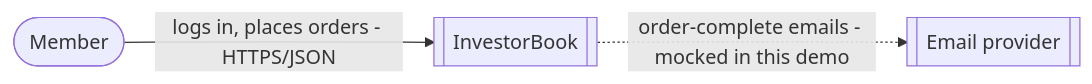
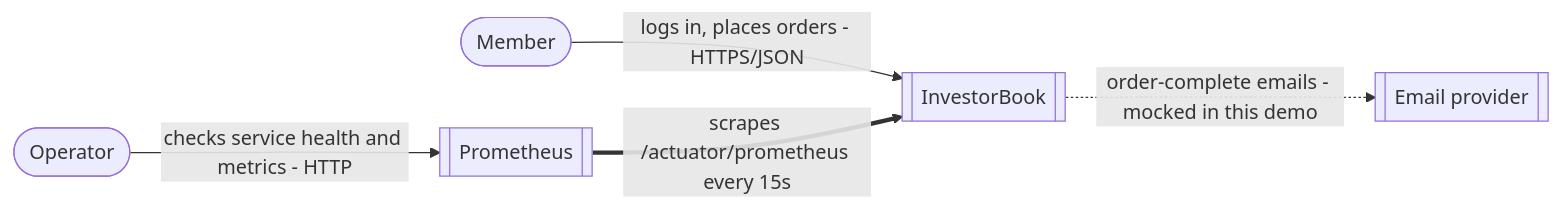
The first of 3 diagrams in README.md (TareqAlhashash/microservices), drawn with Mermaid before and after one commit. The commit also changed other lines of this file and 7 other files, not shown here.

First line of the commit message:
Permit actuator on Kafka-only services and document Prometheus

````diff
--- a/README.md
+++ b/README.md
@@ -17,9 +17,13 @@
 ```mermaid
 graph LR
     Member([Member])
+    Operator([Operator])
     System[[InvestorBook]]
     Email[[Email provider]]
+    Prometheus[[Prometheus]]
 
     Member -->|logs in, places orders - HTTPS/JSON| System
     System -.->|order-complete emails - mocked in this demo| Email
+    Operator -->|checks service health and metrics - HTTP| Prometheus
+    Prometheus ==>|scrapes /actuator/prometheus every 15s| System
 ```
````
